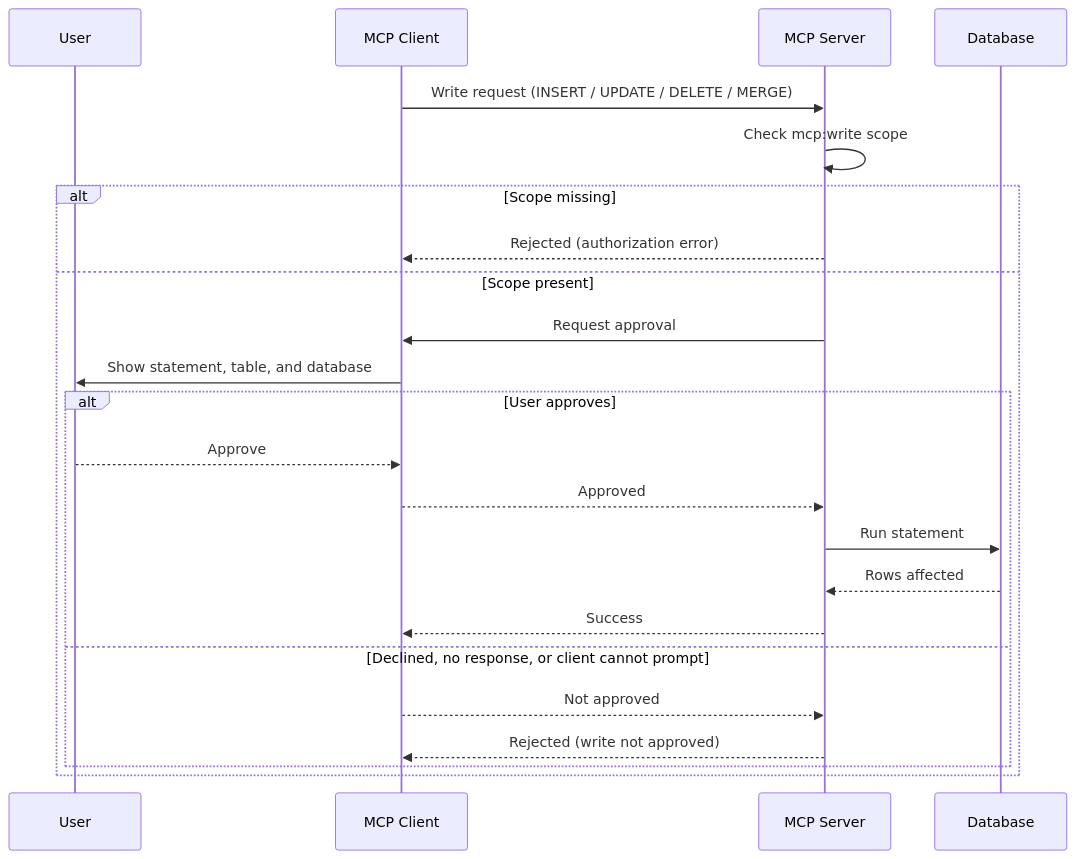
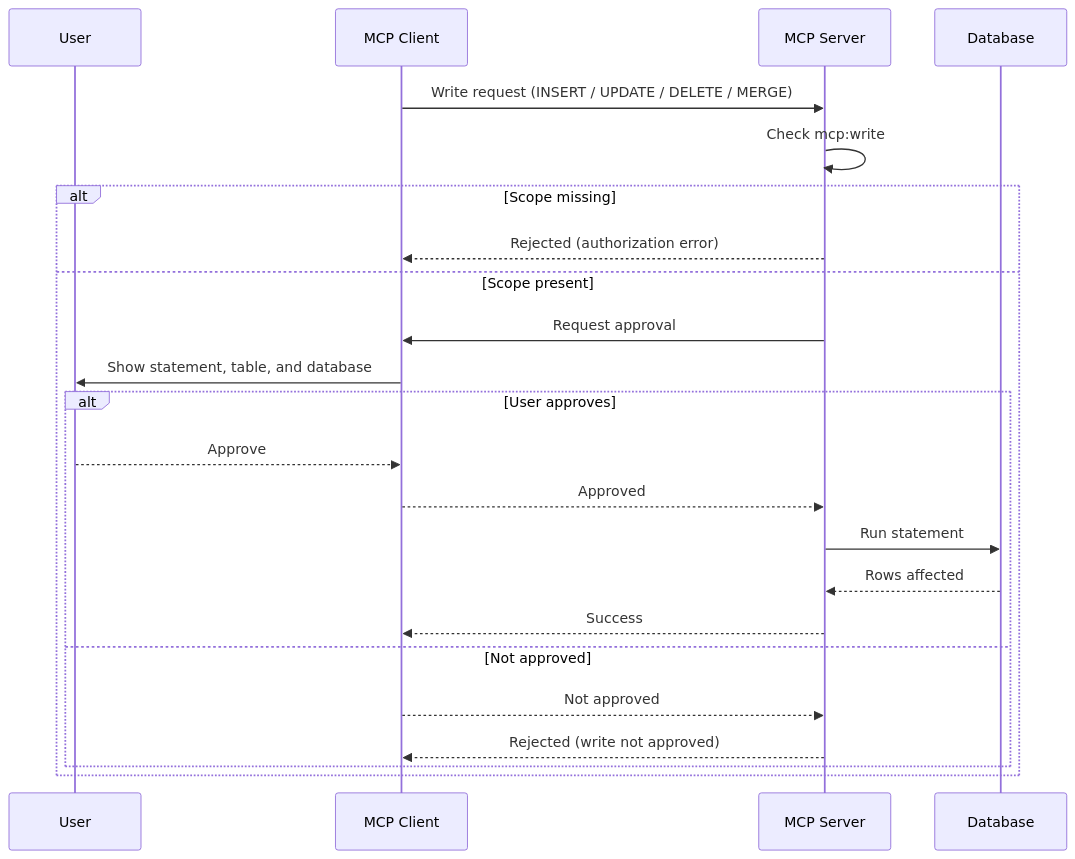
One commit to ActianCorp/mcp-server-docs changed the diagram in docs/analytics-engine/write-support.md. Above: the diagram before and after it, drawn with Mermaid. The commit also changed other lines of this file and 6 other files, not shown here.

````diff
--- a/docs/analytics-engine/write-support.md
+++ b/docs/analytics-engine/write-support.md
@@ -45,27 +45,27 @@
 ```mermaid
 %%{init: {'theme': 'default', 'themeVariables': {'fontSize': '18px', 'fontFamily': 'arial'}}}%%
 sequenceDiagram
     participant User as User
     participant Client as MCP Client
     participant Server as MCP Server
     participant DB as Database
 
     Client->>Server: Write request (INSERT / UPDATE / DELETE / MERGE)
-    Server->>Server: Check mcp:write scope
+    Server->>Server: Check mcp:write
     alt Scope missing
         Server-->>Client: Rejected (authorization error)
     else Scope present
         Server->>Client: Request approval
         Client->>User: Show statement, table, and database
         alt User approves
             User-->>Client: Approve
             Client-->>Server: Approved
             Server->>DB: Run statement
             DB-->>Server: Rows affected
             Server-->>Client: Success
-        else Declined, no response, or client cannot prompt
+        else Not approved
             Client-->>Server: Not approved
             Server-->>Client: Rejected (write not approved)
         end
     end
 ```
````
